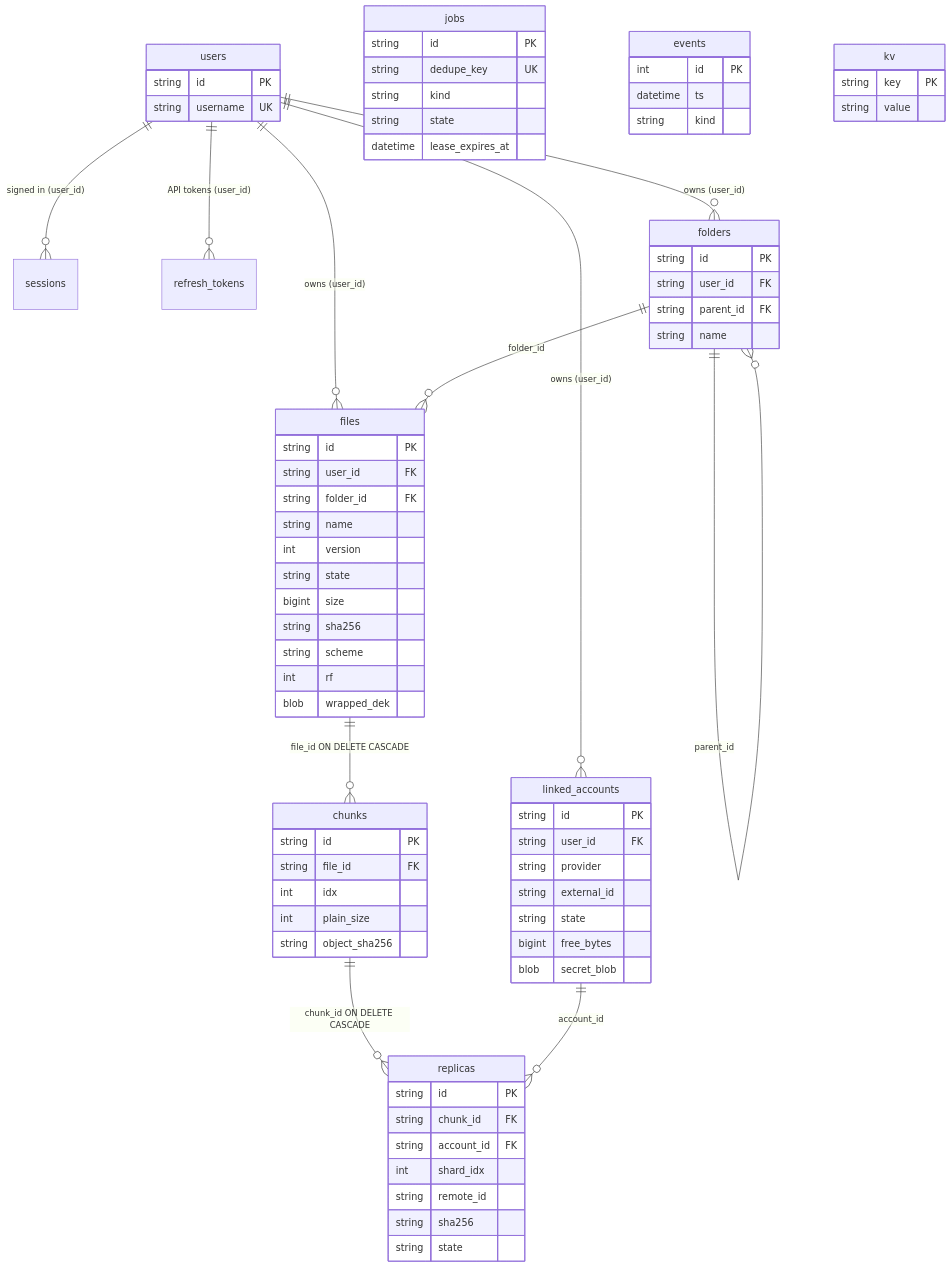
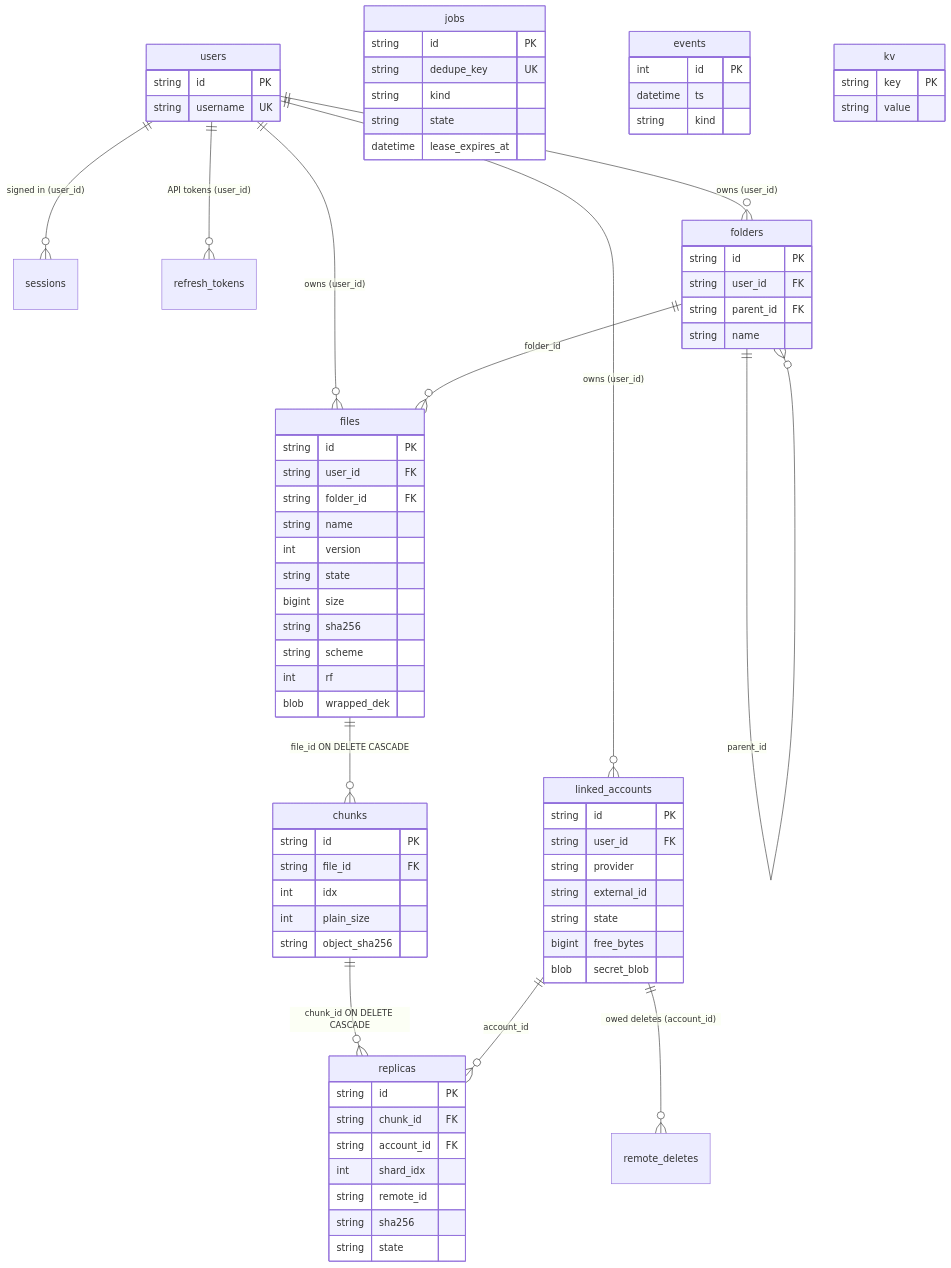
Before and after one commit to PRAJINRAJ-RANAWAT/DriveMesh: the ninth of 10 diagrams in docs/design/08-how-it-works.md, drawn with Mermaid. The commit also changed other lines of this file and 4 other files, not shown here.

Commit message:
docs: deletes with disconnected accounts (08 §3.1, §4.4, §12), R-016 chaos re-run, 265 tests

````diff
--- a/docs/design/08-how-it-works.md
+++ b/docs/design/08-how-it-works.md
@@ -1022,77 +1026,78 @@
 ```mermaid
 erDiagram
   users ||--o{ linked_accounts : "owns (user_id)"
   users ||--o{ sessions : "signed in (user_id)"
   users ||--o{ refresh_tokens : "API tokens (user_id)"
   users ||--o{ folders : "owns (user_id)"
   users ||--o{ files : "owns (user_id)"
   folders ||--o{ folders : "parent_id"
   folders ||--o{ files : "folder_id"
   files ||--o{ chunks : "file_id ON DELETE CASCADE"
   chunks ||--o{ replicas : "chunk_id ON DELETE CASCADE"
   linked_accounts ||--o{ replicas : "account_id"
+  linked_accounts ||--o{ remote_deletes : "owed deletes (account_id)"
   users {
     string id PK
     string username UK
   }
   linked_accounts {
     string id PK
     string user_id FK
     string provider
     string external_id
     string state
     bigint free_bytes
     blob secret_blob
   }
   folders {
     string id PK
     string user_id FK
     string parent_id FK
     string name
   }
   files {
     string id PK
     string user_id FK
     string folder_id FK
     string name
     int version
     string state
     bigint size
     string sha256
     string scheme
     int rf
     blob wrapped_dek
   }
   chunks {
     string id PK
     string file_id FK
     int idx
     int plain_size
     string object_sha256
   }
   replicas {
     string id PK
     string chunk_id FK
     string account_id FK
     int shard_idx
     string remote_id
     string sha256
     string state
   }
   jobs {
     string id PK
     string dedupe_key UK
     string kind
     string state
     datetime lease_expires_at
   }
   events {
     int id PK
     datetime ts
     string kind
   }
   kv {
     string key PK
     string value
   }
 ```
````
